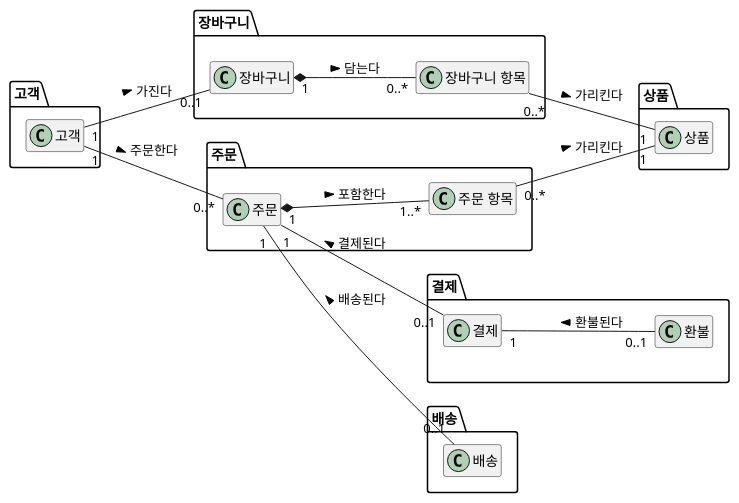
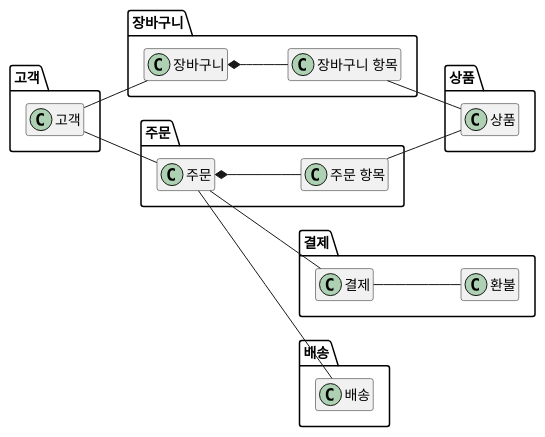
Before and after one commit to YoungSan77/TrainingMaterials: diagram 32 of 35 in courses/ooad/sessions/s03.md, drawn with PlantUML. The commit also changed other lines of this file and 51 other files, not shown here.

````diff
--- a/courses/ooad/sessions/s03.md
+++ b/courses/ooad/sessions/s03.md
@@ -2014,36 +2314,36 @@
 ```plantuml:package
 @startuml
 hide empty members
 left to right direction
 package "고객" {
   class "고객" as Customer
 }
 package "장바구니" {
   class "장바구니" as Cart
   class "장바구니 항목" as CartItem
 }
 package "주문" {
   class "주문" as Order
   class "주문 항목" as OrderItem
 }
 package "상품" {
   class "상품" as Product
 }
 package "결제" {
   class "결제" as Payment
   class "환불" as Refund
 }
 package "배송" {
   class "배송" as Delivery
 }
-Customer "1" -- "0..1" Cart : 가진다 >
-Cart "1" *-- "0..*" CartItem : 담는다 >
-CartItem "0..*" -- "1" Product : 가리킨다 >
-Customer "1" -- "0..*" Order : 주문한다 >
-Order "1" *-- "1..*" OrderItem : 포함한다 >
-OrderItem "0..*" -- "1" Product : 가리킨다 >
-Order "1" -- "0..1" Payment : 결제된다 <
-Payment "1" -- "0..1" Refund : 환불된다 <
-Order "1" -- "0..1" Delivery : 배송된다 <
+Customer -- Cart
+Cart *-- CartItem
+CartItem -- Product
+Customer -- Order
+Order *-- OrderItem
+OrderItem -- Product
+Order -- Payment
+Payment -- Refund
+Order -- Delivery
 @enduml
 ```
````
